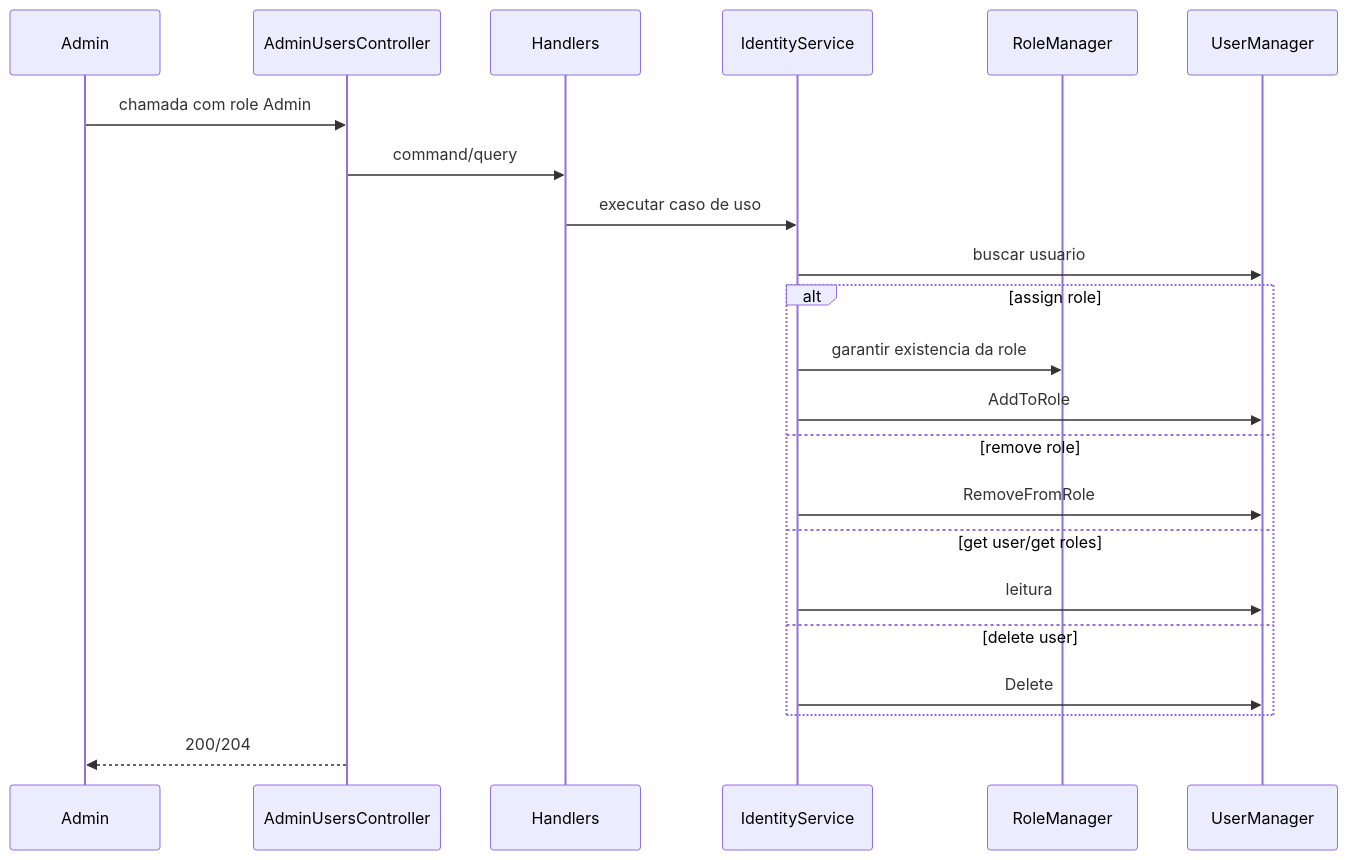
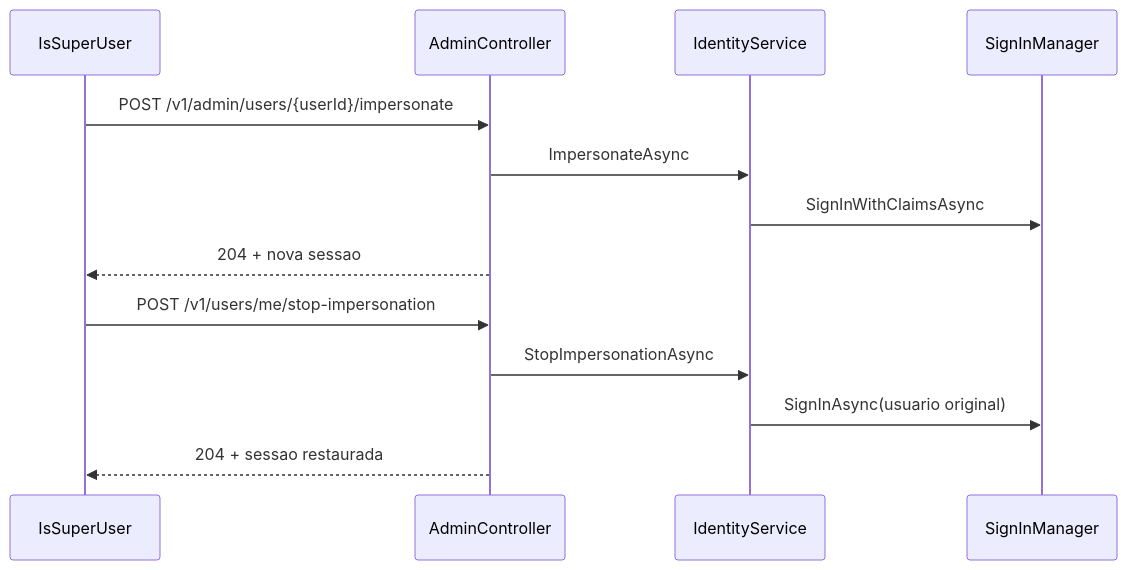
One commit to borrago/CashControl changed the fifth of 5 diagrams in backend/README.flows.v2.md. Above: the diagram before and after it, drawn with Mermaid. The commit also changed other lines of this file and 65 other files, not shown here.

Commit message:
Refactor web auth to cookie session flow

````diff
--- a/backend/README.flows.v2.md
+++ b/backend/README.flows.v2.md
@@ -309,25 +98,17 @@
 ```mermaid
 sequenceDiagram
-    participant Admin
-    participant API as AdminUsersController
-    participant App as Handlers
-    participant Service as IdentityService
-    participant RoleManager
-    participant UserManager
+    participant GlobalActor as IsSuperUser
+    participant AdminController
+    participant IdentityService
+    participant SignInManager
 
-    Admin->>API: chamada com role Admin
-    API->>App: command/query
-    App->>Service: executar caso de uso
-    Service->>UserManager: buscar usuario
-    alt assign role
-        Service->>RoleManager: garantir existencia da role
-        Service->>UserManager: AddToRole
-    else remove role
-        Service->>UserManager: RemoveFromRole
-    else get user/get roles
-        Service->>UserManager: leitura
-    else delete user
-        Service->>UserManager: Delete
-    end
-    API-->>Admin: 200/204
+    GlobalActor->>AdminController: POST /v1/admin/users/{userId}/impersonate
+    AdminController->>IdentityService: ImpersonateAsync
+    IdentityService->>SignInManager: SignInWithClaimsAsync
+    AdminController-->>GlobalActor: 204 + nova sessao
+
+    GlobalActor->>AdminController: POST /v1/users/me/stop-impersonation
+    AdminController->>IdentityService: StopImpersonationAsync
+    IdentityService->>SignInManager: SignInAsync(usuario original)
+    AdminController-->>GlobalActor: 204 + sessao restaurada
 ```
````
